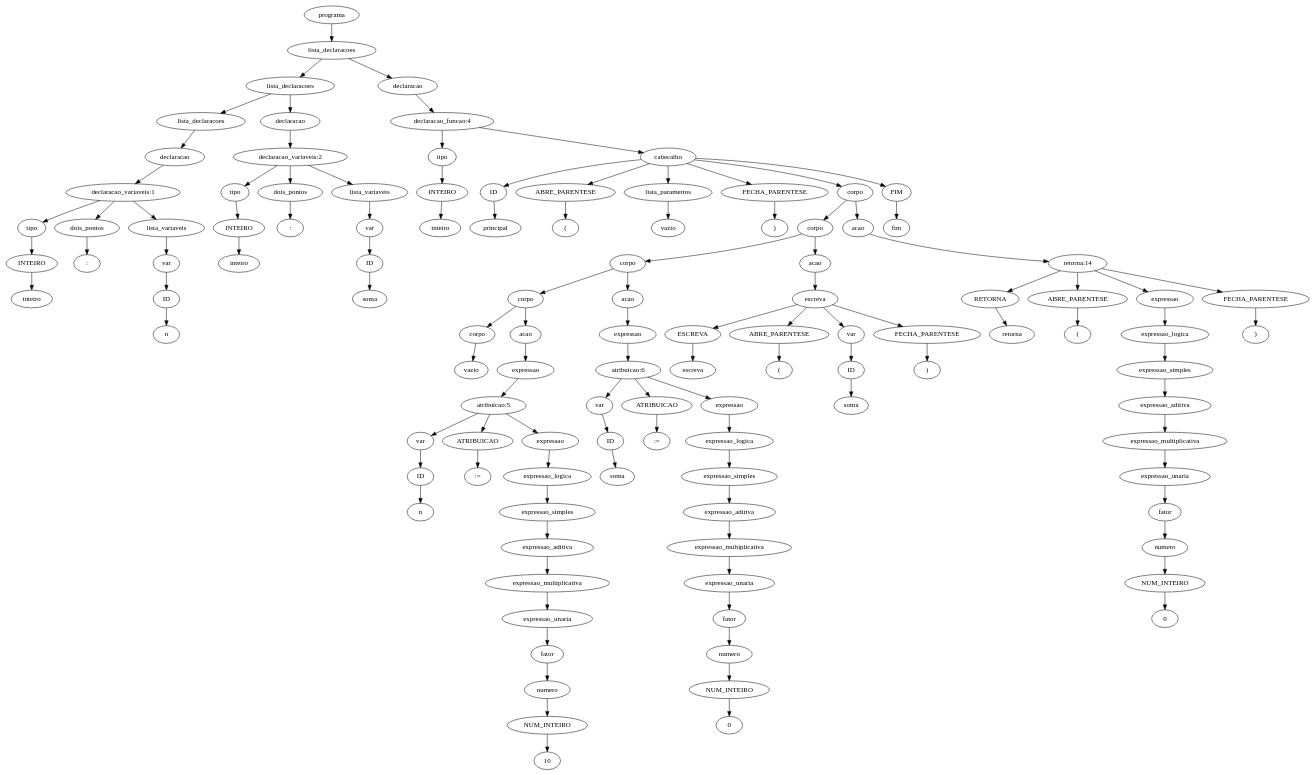
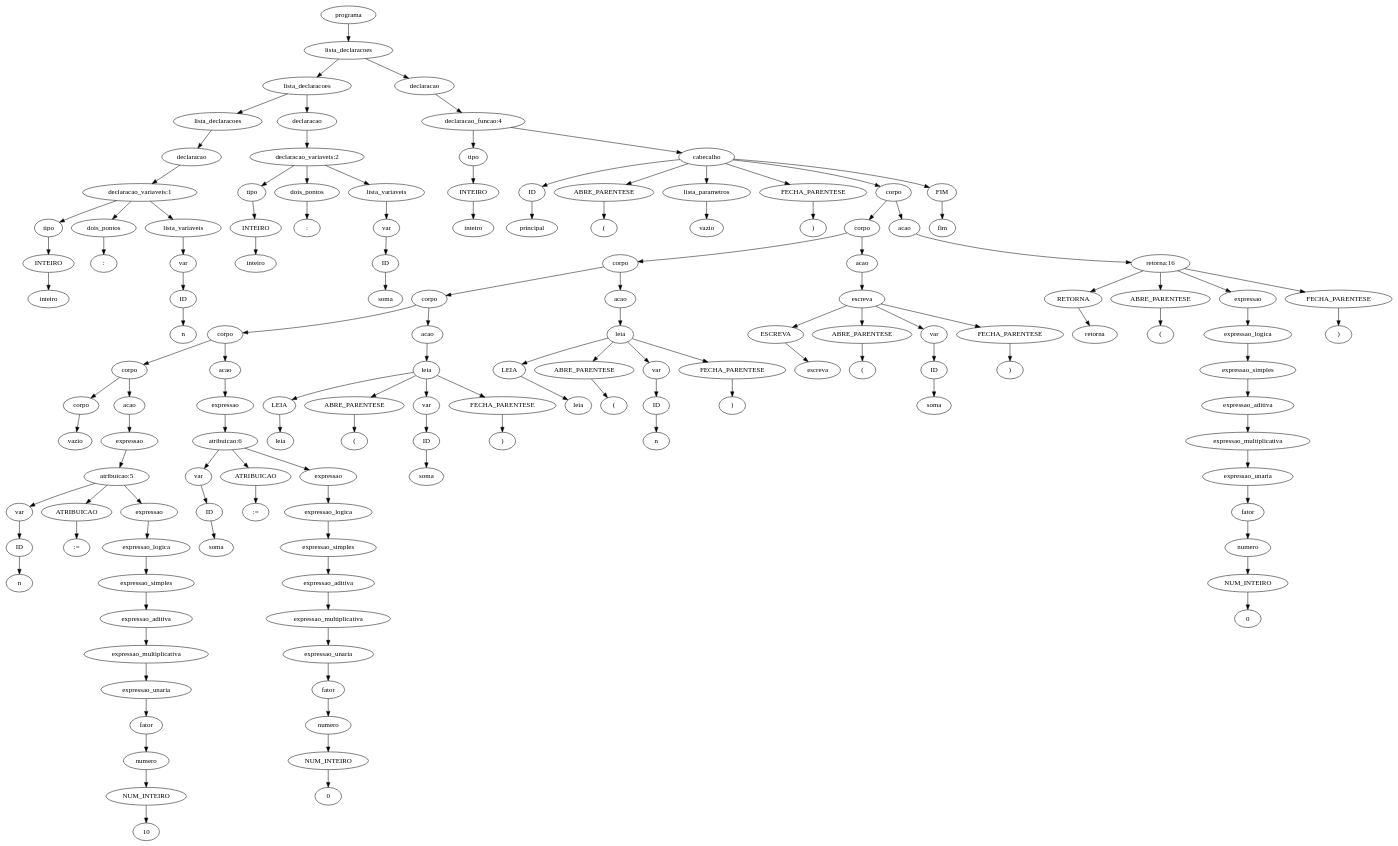
Before and after one commit to JuanFSR/Compiladores: the diagram in 8.GeracaoCodigo/BCC__BCC36B__P[4]__JuanRangel__2046385/implementacao/geracao-codigo-testes/gencode-004.tpp.unique.ast.dot, drawn with Graphviz. The commit also changed 24 other files, not shown here.

```diff
--- a/8.GeracaoCodigo/BCC__BCC36B__P[4]__JuanRangel__2046385/implementacao/geracao-codigo-testes/gencode-004.tpp.unique.ast.dot
+++ b/8.GeracaoCodigo/BCC__BCC36B__P[4]__JuanRangel__2046385/implementacao/geracao-codigo-testes/gencode-004.tpp.unique.ast.dot
@@ -1,227 +1,275 @@
 digraph tree {
-    "0x7f0d617e6c10" [label="programa"];
-    "0x7f0d617e6a00" [label="lista_declaracoes"];
-    "0x7f0d617e6970" [label="lista_declaracoes"];
-    "0x7f0d617e66a0" [label="lista_declaracoes"];
-    "0x7f0da4d15e50" [label="declaracao"];
-    "0x7f0d617e6400" [label="declaracao_variaveis:1"];
-    "0x7f0d617e6520" [label="tipo"];
-    "0x7f0d617e65b0" [label="INTEIRO"];
-    "0x7f0d617e65e0" [label="inteiro"];
-    "0x7f0d617e6b50" [label="dois_pontos"];
-    "0x7f0d617e6550" [label=":"];
-    "0x7f0d617e6640" [label="lista_variaveis"];
-    "0x7f0da4d158e0" [label="var"];
-    "0x7f0da4d15d30" [label="ID"];
-    "0x7f0d617e6be0" [label="n"];
-    "0x7f0d617e6c70" [label="declaracao"];
-    "0x7f0d617e6a60" [label="declaracao_variaveis:2"];
-    "0x7f0d617e6cd0" [label="tipo"];
-    "0x7f0d617e68e0" [label="INTEIRO"];
-    "0x7f0d617e6940" [label="inteiro"];
-    "0x7f0d617e61c0" [label="dois_pontos"];
-    "0x7f0d617e6220" [label=":"];
-    "0x7f0d617e69d0" [label="lista_variaveis"];
-    "0x7f0d617e6b80" [label="var"];
-    "0x7f0d617e6af0" [label="ID"];
-    "0x7f0d617e60a0" [label="soma"];
-    "0x7f0d617e6280" [label="declaracao"];
-    "0x7f0d617e6820" [label="declaracao_funcao:4"];
-    "0x7f0da4d15d00" [label="tipo"];
-    "0x7f0d617e6850" [label="INTEIRO"];
-    "0x7f0d617e6f10" [label="inteiro"];
-    "0x7f0d617e8670" [label="cabecalho"];
-    "0x7f0d61854820" [label="ID"];
-    "0x7f0d61854910" [label="principal"];
-    "0x7f0d61854ac0" [label="ABRE_PARENTESE"];
-    "0x7f0d61854fa0" [label="("];
-    "0x7f0d617e8370" [label="lista_parametros"];
-    "0x7f0d617e6ac0" [label="vazio"];
-    "0x7f0d618546a0" [label="FECHA_PARENTESE"];
-    "0x7f0d61854d90" [label=")"];
-    "0x7f0d617e8cd0" [label="corpo"];
-    "0x7f0d617e8340" [label="corpo"];
-    "0x7f0d617e8790" [label="corpo"];
-    "0x7f0d617e8ee0" [label="corpo"];
-    "0x7f0d617e84f0" [label="corpo"];
-    "0x7f0d617e6f70" [label="vazio"];
-    "0x7f0d617e8dc0" [label="acao"];
-    "0x7f0d617e8550" [label="expressao"];
-    "0x7f0d617e82e0" [label="atribuicao:5"];
-    "0x7f0d617e83d0" [label="var"];
-    "0x7f0d617e8460" [label="ID"];
-    "0x7f0d617e8a90" [label="n"];
-    "0x7f0d617e8e20" [label="ATRIBUICAO"];
-    "0x7f0d617e8d00" [label=":="];
-    "0x7f0d617e8280" [label="expressao"];
-    "0x7f0d617e80a0" [label="expressao_logica"];
-    "0x7f0d617e8160" [label="expressao_simples"];
-    "0x7f0d617e8b20" [label="expressao_aditiva"];
-    "0x7f0d617e8250" [label="expressao_multiplicativa"];
-    "0x7f0d617e88e0" [label="expressao_unaria"];
-    "0x7f0d617e8ac0" [label="fator"];
-    "0x7f0d617e82b0" [label="numero"];
-    "0x7f0d617e8400" [label="NUM_INTEIRO"];
-    "0x7f0d617e81f0" [label="10"];
-    "0x7f0d617e8ca0" [label="acao"];
-    "0x7f0d617e8f40" [label="expressao"];
-    "0x7f0d617e8c10" [label="atribuicao:6"];
-    "0x7f0d617e8fd0" [label="var"];
-    "0x7f0d617e8490" [label="ID"];
-    "0x7f0d617e8a30" [label="soma"];
-    "0x7f0d617e8af0" [label="ATRIBUICAO"];
-    "0x7f0d617e8d90" [label=":="];
-    "0x7f0d617e8bb0" [label="expressao"];
-    "0x7f0d617e8760" [label="expressao_logica"];
-    "0x7f0d617e84c0" [label="expressao_simples"];
-    "0x7f0d617e85e0" [label="expressao_aditiva"];
-    "0x7f0d617e8700" [label="expressao_multiplicativa"];
-    "0x7f0d617e89a0" [label="expressao_unaria"];
-    "0x7f0d617e8580" [label="fator"];
-    "0x7f0d617e81c0" [label="numero"];
-    "0x7f0d617e8b80" [label="NUM_INTEIRO"];
-    "0x7f0d617e86a0" [label="0"];
-    "0x7f0d617e80d0" [label="acao"];
-    "0x7f0d617e8820" [label="escreva"];
-    "0x7f0d617e8880" [label="ESCREVA"];
-    "0x7f0d617e8130" [label="escreva"];
-    "0x7f0d61854400" [label="ABRE_PARENTESE"];
-    "0x7f0d61854490" [label="("];
-    "0x7f0d617e8eb0" [label="var"];
-    "0x7f0d617e8a00" [label="ID"];
-    "0x7f0d617e8fa0" [label="soma"];
-    "0x7f0d618546d0" [label="FECHA_PARENTESE"];
-    "0x7f0d61854550" [label=")"];
-    "0x7f0d617e8070" [label="acao"];
-    "0x7f0d61854cd0" [label="retorna:14"];
-    "0x7f0d618544c0" [label="RETORNA"];
-    "0x7f0d61854b80" [label="retorna"];
-    "0x7f0d618540d0" [label="ABRE_PARENTESE"];
-    "0x7f0d61854130" [label="("];
-    "0x7f0d61854af0" [label="expressao"];
-    "0x7f0d61854c10" [label="expressao_logica"];
-    "0x7f0d61854970" [label="expressao_simples"];
-    "0x7f0d617e8910" [label="expressao_aditiva"];
-    "0x7f0d618541c0" [label="expressao_multiplicativa"];
-    "0x7f0d617e8040" [label="expressao_unaria"];
-    "0x7f0d617e87f0" [label="fator"];
-    "0x7f0d617e8d30" [label="numero"];
-    "0x7f0d617e8e50" [label="NUM_INTEIRO"];
-    "0x7f0d61854f10" [label="0"];
-    "0x7f0d618548e0" [label="FECHA_PARENTESE"];
-    "0x7f0d618549a0" [label=")"];
-    "0x7f0d618540a0" [label="FIM"];
-    "0x7f0d618542e0" [label="fim"];
-    "0x7f0d617e6c10" -> "0x7f0d617e6a00";
-    "0x7f0d617e6a00" -> "0x7f0d617e6970";
-    "0x7f0d617e6a00" -> "0x7f0d617e6280";
-    "0x7f0d617e6970" -> "0x7f0d617e66a0";
-    "0x7f0d617e6970" -> "0x7f0d617e6c70";
-    "0x7f0d617e66a0" -> "0x7f0da4d15e50";
-    "0x7f0da4d15e50" -> "0x7f0d617e6400";
-    "0x7f0d617e6400" -> "0x7f0d617e6520";
-    "0x7f0d617e6400" -> "0x7f0d617e6b50";
-    "0x7f0d617e6400" -> "0x7f0d617e6640";
-    "0x7f0d617e6520" -> "0x7f0d617e65b0";
-    "0x7f0d617e65b0" -> "0x7f0d617e65e0";
-    "0x7f0d617e6b50" -> "0x7f0d617e6550";
-    "0x7f0d617e6640" -> "0x7f0da4d158e0";
-    "0x7f0da4d158e0" -> "0x7f0da4d15d30";
-    "0x7f0da4d15d30" -> "0x7f0d617e6be0";
-    "0x7f0d617e6c70" -> "0x7f0d617e6a60";
-    "0x7f0d617e6a60" -> "0x7f0d617e6cd0";
-    "0x7f0d617e6a60" -> "0x7f0d617e61c0";
-    "0x7f0d617e6a60" -> "0x7f0d617e69d0";
-    "0x7f0d617e6cd0" -> "0x7f0d617e68e0";
-    "0x7f0d617e68e0" -> "0x7f0d617e6940";
-    "0x7f0d617e61c0" -> "0x7f0d617e6220";
-    "0x7f0d617e69d0" -> "0x7f0d617e6b80";
-    "0x7f0d617e6b80" -> "0x7f0d617e6af0";
-    "0x7f0d617e6af0" -> "0x7f0d617e60a0";
-    "0x7f0d617e6280" -> "0x7f0d617e6820";
-    "0x7f0d617e6820" -> "0x7f0da4d15d00";
-    "0x7f0d617e6820" -> "0x7f0d617e8670";
-    "0x7f0da4d15d00" -> "0x7f0d617e6850";
-    "0x7f0d617e6850" -> "0x7f0d617e6f10";
-    "0x7f0d617e8670" -> "0x7f0d61854820";
-    "0x7f0d617e8670" -> "0x7f0d61854ac0";
-    "0x7f0d617e8670" -> "0x7f0d617e8370";
-    "0x7f0d617e8670" -> "0x7f0d618546a0";
-    "0x7f0d617e8670" -> "0x7f0d617e8cd0";
-    "0x7f0d617e8670" -> "0x7f0d618540a0";
-    "0x7f0d61854820" -> "0x7f0d61854910";
-    "0x7f0d61854ac0" -> "0x7f0d61854fa0";
-    "0x7f0d617e8370" -> "0x7f0d617e6ac0";
-    "0x7f0d618546a0" -> "0x7f0d61854d90";
-    "0x7f0d617e8cd0" -> "0x7f0d617e8340";
-    "0x7f0d617e8cd0" -> "0x7f0d617e8070";
-    "0x7f0d617e8340" -> "0x7f0d617e8790";
-    "0x7f0d617e8340" -> "0x7f0d617e80d0";
-    "0x7f0d617e8790" -> "0x7f0d617e8ee0";
-    "0x7f0d617e8790" -> "0x7f0d617e8ca0";
-    "0x7f0d617e8ee0" -> "0x7f0d617e84f0";
-    "0x7f0d617e8ee0" -> "0x7f0d617e8dc0";
-    "0x7f0d617e84f0" -> "0x7f0d617e6f70";
-    "0x7f0d617e8dc0" -> "0x7f0d617e8550";
-    "0x7f0d617e8550" -> "0x7f0d617e82e0";
-    "0x7f0d617e82e0" -> "0x7f0d617e83d0";
-    "0x7f0d617e82e0" -> "0x7f0d617e8e20";
-    "0x7f0d617e82e0" -> "0x7f0d617e8280";
-    "0x7f0d617e83d0" -> "0x7f0d617e8460";
-    "0x7f0d617e8460" -> "0x7f0d617e8a90";
-    "0x7f0d617e8e20" -> "0x7f0d617e8d00";
-    "0x7f0d617e8280" -> "0x7f0d617e80a0";
-    "0x7f0d617e80a0" -> "0x7f0d617e8160";
-    "0x7f0d617e8160" -> "0x7f0d617e8b20";
-    "0x7f0d617e8b20" -> "0x7f0d617e8250";
-    "0x7f0d617e8250" -> "0x7f0d617e88e0";
-    "0x7f0d617e88e0" -> "0x7f0d617e8ac0";
-    "0x7f0d617e8ac0" -> "0x7f0d617e82b0";
-    "0x7f0d617e82b0" -> "0x7f0d617e8400";
-    "0x7f0d617e8400" -> "0x7f0d617e81f0";
-    "0x7f0d617e8ca0" -> "0x7f0d617e8f40";
-    "0x7f0d617e8f40" -> "0x7f0d617e8c10";
-    "0x7f0d617e8c10" -> "0x7f0d617e8fd0";
-    "0x7f0d617e8c10" -> "0x7f0d617e8af0";
-    "0x7f0d617e8c10" -> "0x7f0d617e8bb0";
-    "0x7f0d617e8fd0" -> "0x7f0d617e8490";
-    "0x7f0d617e8490" -> "0x7f0d617e8a30";
-    "0x7f0d617e8af0" -> "0x7f0d617e8d90";
-    "0x7f0d617e8bb0" -> "0x7f0d617e8760";
-    "0x7f0d617e8760" -> "0x7f0d617e84c0";
-    "0x7f0d617e84c0" -> "0x7f0d617e85e0";
-    "0x7f0d617e85e0" -> "0x7f0d617e8700";
-    "0x7f0d617e8700" -> "0x7f0d617e89a0";
-    "0x7f0d617e89a0" -> "0x7f0d617e8580";
-    "0x7f0d617e8580" -> "0x7f0d617e81c0";
-    "0x7f0d617e81c0" -> "0x7f0d617e8b80";
-    "0x7f0d617e8b80" -> "0x7f0d617e86a0";
-    "0x7f0d617e80d0" -> "0x7f0d617e8820";
-    "0x7f0d617e8820" -> "0x7f0d617e8880";
-    "0x7f0d617e8820" -> "0x7f0d61854400";
-    "0x7f0d617e8820" -> "0x7f0d617e8eb0";
-    "0x7f0d617e8820" -> "0x7f0d618546d0";
-    "0x7f0d617e8880" -> "0x7f0d617e8130";
-    "0x7f0d61854400" -> "0x7f0d61854490";
-    "0x7f0d617e8eb0" -> "0x7f0d617e8a00";
-    "0x7f0d617e8a00" -> "0x7f0d617e8fa0";
-    "0x7f0d618546d0" -> "0x7f0d61854550";
-    "0x7f0d617e8070" -> "0x7f0d61854cd0";
-    "0x7f0d61854cd0" -> "0x7f0d618544c0";
-    "0x7f0d61854cd0" -> "0x7f0d618540d0";
-    "0x7f0d61854cd0" -> "0x7f0d61854af0";
-    "0x7f0d61854cd0" -> "0x7f0d618548e0";
-    "0x7f0d618544c0" -> "0x7f0d61854b80";
-    "0x7f0d618540d0" -> "0x7f0d61854130";
-    "0x7f0d61854af0" -> "0x7f0d61854c10";
-    "0x7f0d61854c10" -> "0x7f0d61854970";
-    "0x7f0d61854970" -> "0x7f0d617e8910";
-    "0x7f0d617e8910" -> "0x7f0d618541c0";
-    "0x7f0d618541c0" -> "0x7f0d617e8040";
-    "0x7f0d617e8040" -> "0x7f0d617e87f0";
-    "0x7f0d617e87f0" -> "0x7f0d617e8d30";
-    "0x7f0d617e8d30" -> "0x7f0d617e8e50";
-    "0x7f0d617e8e50" -> "0x7f0d61854f10";
-    "0x7f0d618548e0" -> "0x7f0d618549a0";
-    "0x7f0d618540a0" -> "0x7f0d618542e0";
+    "0x7f4f8e4c19a0" [label="programa"];
+    "0x7f4f8e4e22e0" [label="lista_declaracoes"];
+    "0x7f4f8e4c1160" [label="lista_declaracoes"];
+    "0x7f4f8e4c1820" [label="lista_declaracoes"];
+    "0x7f4fd153bf40" [label="declaracao"];
+    "0x7f4f8e4c1310" [label="declaracao_variaveis:1"];
+    "0x7f4f8e4c1280" [label="tipo"];
+    "0x7f4f8e4c12b0" [label="INTEIRO"];
+    "0x7f4f8e4c1370" [label="inteiro"];
+    "0x7f4f8e4c18b0" [label="dois_pontos"];
+    "0x7f4f8e4c10d0" [label=":"];
+    "0x7f4f8e4c17c0" [label="lista_variaveis"];
+    "0x7f4fd1493850" [label="var"];
+    "0x7f4f8ea63670" [label="ID"];
+    "0x7f4f8e4c18e0" [label="n"];
+    "0x7f4f8e4c1f40" [label="declaracao"];
+    "0x7f4f8e4e2340" [label="declaracao_variaveis:2"];
+    "0x7f4f8e4c1070" [label="tipo"];
+    "0x7f4f8e4c10a0" [label="INTEIRO"];
+    "0x7f4f8e4c1100" [label="inteiro"];
+    "0x7f4f8e4e2d00" [label="dois_pontos"];
+    "0x7f4f8e4e2d30" [label=":"];
+    "0x7f4f8e4e2250" [label="lista_variaveis"];
+    "0x7f4f8e4c1700" [label="var"];
+    "0x7f4f8e4c1850" [label="ID"];
+    "0x7f4f8e4e2370" [label="soma"];
+    "0x7f4f8e4c1940" [label="declaracao"];
+    "0x7f4f8e4e2d90" [label="declaracao_funcao:4"];
+    "0x7f4f8e90a310" [label="tipo"];
+    "0x7f4f8e4c1190" [label="INTEIRO"];
+    "0x7f4f8e4e2be0" [label="inteiro"];
+    "0x7f4f8e4e5220" [label="cabecalho"];
+    "0x7f4f8e4e5820" [label="ID"];
+    "0x7f4f8e4e5490" [label="principal"];
+    "0x7f4f8e4e54f0" [label="ABRE_PARENTESE"];
+    "0x7f4f8e54dd60" [label="("];
+    "0x7f4f8e4e2700" [label="lista_parametros"];
+    "0x7f4f8e4e2190" [label="vazio"];
+    "0x7f4f8e54dd00" [label="FECHA_PARENTESE"];
+    "0x7f4f8e54ddf0" [label=")"];
+    "0x7f4f8e4e5790" [label="corpo"];
+    "0x7f4f8e4e5f40" [label="corpo"];
+    "0x7f4f8e4e51f0" [label="corpo"];
+    "0x7f4f8e4e28e0" [label="corpo"];
+    "0x7f4f8e4e53a0" [label="corpo"];
+    "0x7f4f8e4e2a60" [label="corpo"];
+    "0x7f4f8e4e2460" [label="corpo"];
+    "0x7f4f8e4e2dc0" [label="vazio"];
+    "0x7f4f8e4e2910" [label="acao"];
+    "0x7f4f8e4e24c0" [label="expressao"];
+    "0x7f4f8e4e2880" [label="atribuicao:5"];
+    "0x7f4f8e4e2760" [label="var"];
+    "0x7f4f8e4e2790" [label="ID"];
+    "0x7f4f8e4e2580" [label="n"];
+    "0x7f4f8e4e2970" [label="ATRIBUICAO"];
+    "0x7f4f8e4e2a00" [label=":="];
+    "0x7f4f8e4e2c70" [label="expressao"];
+    "0x7f4f8e4e2c10" [label="expressao_logica"];
+    "0x7f4f8e4e2b20" [label="expressao_simples"];
+    "0x7f4f8e4e2a90" [label="expressao_aditiva"];
+    "0x7f4f8e4e2bb0" [label="expressao_multiplicativa"];
+    "0x7f4f8e4e25e0" [label="expressao_unaria"];
+    "0x7f4f8e4e2640" [label="fator"];
+    "0x7f4f8e4e27f0" [label="numero"];
+    "0x7f4f8e4e25b0" [label="NUM_INTEIRO"];
+    "0x7f4f8e4e29d0" [label="10"];
+    "0x7f4f8e4e27c0" [label="acao"];
+    "0x7f4f8e4e2040" [label="expressao"];
+    "0x7f4f8e4e2df0" [label="atribuicao:6"];
+    "0x7f4f8e4e2670" [label="var"];
+    "0x7f4f8e4e2850" [label="ID"];
+    "0x7f4f8e4e23a0" [label="soma"];
+    "0x7f4f8e4e5fd0" [label="ATRIBUICAO"];
+    "0x7f4f8e4e5370" [label=":="];
+    "0x7f4f8e4e2fa0" [label="expressao"];
+    "0x7f4f8e4e2f40" [label="expressao_logica"];
+    "0x7f4f8e4e2220" [label="expressao_simples"];
+    "0x7f4f8e4e2130" [label="expressao_aditiva"];
+    "0x7f4f8e4e2f10" [label="expressao_multiplicativa"];
+    "0x7f4f8e4e24f0" [label="expressao_unaria"];
+    "0x7f4f8e4e20d0" [label="fator"];
+    "0x7f4f8e4e2b80" [label="numero"];
+    "0x7f4f8e4e2af0" [label="NUM_INTEIRO"];
+    "0x7f4f8e4e2eb0" [label="0"];
+    "0x7f4f8e4e2160" [label="acao"];
+    "0x7f4f8e4e5250" [label="leia"];
+    "0x7f4f8e4e5430" [label="LEIA"];
+    "0x7f4f8e4e5a60" [label="leia"];
+    "0x7f4f8e4e5ac0" [label="ABRE_PARENTESE"];
+    "0x7f4f8e4e5b20" [label="("];
+    "0x7f4f8e4e29a0" [label="var"];
+    "0x7f4f8e4e2550" [label="ID"];
+    "0x7f4f8e4e20a0" [label="soma"];
+    "0x7f4f8e4e5100" [label="FECHA_PARENTESE"];
+    "0x7f4f8e4e5160" [label=")"];
+    "0x7f4f8e4e5d60" [label="acao"];
+    "0x7f4f8e4e5400" [label="leia"];
+    "0x7f4f8e4e5940" [label="LEIA"];
+    "0x7f4f8e4e5dc0" [label="leia"];
+    "0x7f4f8e4e5df0" [label="ABRE_PARENTESE"];
+    "0x7f4f8e4e5e50" [label="("];
+    "0x7f4f8e4e2fd0" [label="var"];
+    "0x7f4f8e4e5f70" [label="ID"];
+    "0x7f4f8e4e5190" [label="n"];
+    "0x7f4f8e4e5ca0" [label="FECHA_PARENTESE"];
+    "0x7f4f8e4e5e80" [label=")"];
+    "0x7f4f8e4e5460" [label="acao"];
+    "0x7f4f8e4e59d0" [label="escreva"];
+    "0x7f4f8e4e5040" [label="ESCREVA"];
+    "0x7f4f8e4e5640" [label="escreva"];
+    "0x7f4f8e4e56a0" [label="ABRE_PARENTESE"];
+    "0x7f4f8e4e5700" [label="("];
+    "0x7f4f8e4e21c0" [label="var"];
+    "0x7f4f8e4e5880" [label="ID"];
+    "0x7f4f8e4e5ee0" [label="soma"];
+    "0x7f4f8e4e5b50" [label="FECHA_PARENTESE"];
+    "0x7f4f8e4e5bb0" [label=")"];
+    "0x7f4f8e4e5910" [label="acao"];
+    "0x7f4f8e4e5d30" [label="retorna:16"];
+    "0x7f4f8e4e57c0" [label="RETORNA"];
+    "0x7f4f8e4e5070" [label="retorna"];
+    "0x7f4f8e4e50d0" [label="ABRE_PARENTESE"];
+    "0x7f4f8e54d3a0" [label="("];
+    "0x7f4f8e4e5cd0" [label="expressao"];
+    "0x7f4f8e4e5c70" [label="expressao_logica"];
+    "0x7f4f8e4e5a90" [label="expressao_simples"];
+    "0x7f4f8e4e5520" [label="expressao_aditiva"];
+    "0x7f4f8e4e5c40" [label="expressao_multiplicativa"];
+    "0x7f4f8e4e55b0" [label="expressao_unaria"];
+    "0x7f4f8e4e5280" [label="fator"];
+    "0x7f4f8e4e5a30" [label="numero"];
+    "0x7f4f8e4e59a0" [label="NUM_INTEIRO"];
+    "0x7f4f8e4e5be0" [label="0"];
+    "0x7f4f8e54d1f0" [label="FECHA_PARENTESE"];
+    "0x7f4f8e54d430" [label=")"];
+    "0x7f4f8e54de80" [label="FIM"];
+    "0x7f4f8e54dee0" [label="fim"];
+    "0x7f4f8e4c19a0" -> "0x7f4f8e4e22e0";
+    "0x7f4f8e4e22e0" -> "0x7f4f8e4c1160";
+    "0x7f4f8e4e22e0" -> "0x7f4f8e4c1940";
+    "0x7f4f8e4c1160" -> "0x7f4f8e4c1820";
+    "0x7f4f8e4c1160" -> "0x7f4f8e4c1f40";
+    "0x7f4f8e4c1820" -> "0x7f4fd153bf40";
+    "0x7f4fd153bf40" -> "0x7f4f8e4c1310";
+    "0x7f4f8e4c1310" -> "0x7f4f8e4c1280";
+    "0x7f4f8e4c1310" -> "0x7f4f8e4c18b0";
+    "0x7f4f8e4c1310" -> "0x7f4f8e4c17c0";
+    "0x7f4f8e4c1280" -> "0x7f4f8e4c12b0";
+    "0x7f4f8e4c12b0" -> "0x7f4f8e4c1370";
+    "0x7f4f8e4c18b0" -> "0x7f4f8e4c10d0";
+    "0x7f4f8e4c17c0" -> "0x7f4fd1493850";
+    "0x7f4fd1493850" -> "0x7f4f8ea63670";
+    "0x7f4f8ea63670" -> "0x7f4f8e4c18e0";
+    "0x7f4f8e4c1f40" -> "0x7f4f8e4e2340";
+    "0x7f4f8e4e2340" -> "0x7f4f8e4c1070";
+    "0x7f4f8e4e2340" -> "0x7f4f8e4e2d00";
+    "0x7f4f8e4e2340" -> "0x7f4f8e4e2250";
+    "0x7f4f8e4c1070" -> "0x7f4f8e4c10a0";
+    "0x7f4f8e4c10a0" -> "0x7f4f8e4c1100";
+    "0x7f4f8e4e2d00" -> "0x7f4f8e4e2d30";
+    "0x7f4f8e4e2250" -> "0x7f4f8e4c1700";
+    "0x7f4f8e4c1700" -> "0x7f4f8e4c1850";
+    "0x7f4f8e4c1850" -> "0x7f4f8e4e2370";
+    "0x7f4f8e4c1940" -> "0x7f4f8e4e2d90";
+    "0x7f4f8e4e2d90" -> "0x7f4f8e90a310";
+    "0x7f4f8e4e2d90" -> "0x7f4f8e4e5220";
+    "0x7f4f8e90a310" -> "0x7f4f8e4c1190";
+    "0x7f4f8e4c1190" -> "0x7f4f8e4e2be0";
+    "0x7f4f8e4e5220" -> "0x7f4f8e4e5820";
+    "0x7f4f8e4e5220" -> "0x7f4f8e4e54f0";
+    "0x7f4f8e4e5220" -> "0x7f4f8e4e2700";
+    "0x7f4f8e4e5220" -> "0x7f4f8e54dd00";
+    "0x7f4f8e4e5220" -> "0x7f4f8e4e5790";
+    "0x7f4f8e4e5220" -> "0x7f4f8e54de80";
+    "0x7f4f8e4e5820" -> "0x7f4f8e4e5490";
+    "0x7f4f8e4e54f0" -> "0x7f4f8e54dd60";
+    "0x7f4f8e4e2700" -> "0x7f4f8e4e2190";
+    "0x7f4f8e54dd00" -> "0x7f4f8e54ddf0";
+    "0x7f4f8e4e5790" -> "0x7f4f8e4e5f40";
+    "0x7f4f8e4e5790" -> "0x7f4f8e4e5910";
+    "0x7f4f8e4e5f40" -> "0x7f4f8e4e51f0";
+    "0x7f4f8e4e5f40" -> "0x7f4f8e4e5460";
+    "0x7f4f8e4e51f0" -> "0x7f4f8e4e28e0";
+    "0x7f4f8e4e51f0" -> "0x7f4f8e4e5d60";
+    "0x7f4f8e4e28e0" -> "0x7f4f8e4e53a0";
+    "0x7f4f8e4e28e0" -> "0x7f4f8e4e2160";
+    "0x7f4f8e4e53a0" -> "0x7f4f8e4e2a60";
+    "0x7f4f8e4e53a0" -> "0x7f4f8e4e27c0";
+    "0x7f4f8e4e2a60" -> "0x7f4f8e4e2460";
+    "0x7f4f8e4e2a60" -> "0x7f4f8e4e2910";
+    "0x7f4f8e4e2460" -> "0x7f4f8e4e2dc0";
+    "0x7f4f8e4e2910" -> "0x7f4f8e4e24c0";
+    "0x7f4f8e4e24c0" -> "0x7f4f8e4e2880";
+    "0x7f4f8e4e2880" -> "0x7f4f8e4e2760";
+    "0x7f4f8e4e2880" -> "0x7f4f8e4e2970";
+    "0x7f4f8e4e2880" -> "0x7f4f8e4e2c70";
+    "0x7f4f8e4e2760" -> "0x7f4f8e4e2790";
+    "0x7f4f8e4e2790" -> "0x7f4f8e4e2580";
+    "0x7f4f8e4e2970" -> "0x7f4f8e4e2a00";
+    "0x7f4f8e4e2c70" -> "0x7f4f8e4e2c10";
+    "0x7f4f8e4e2c10" -> "0x7f4f8e4e2b20";
+    "0x7f4f8e4e2b20" -> "0x7f4f8e4e2a90";
+    "0x7f4f8e4e2a90" -> "0x7f4f8e4e2bb0";
+    "0x7f4f8e4e2bb0" -> "0x7f4f8e4e25e0";
+    "0x7f4f8e4e25e0" -> "0x7f4f8e4e2640";
+    "0x7f4f8e4e2640" -> "0x7f4f8e4e27f0";
+    "0x7f4f8e4e27f0" -> "0x7f4f8e4e25b0";
+    "0x7f4f8e4e25b0" -> "0x7f4f8e4e29d0";
+    "0x7f4f8e4e27c0" -> "0x7f4f8e4e2040";
+    "0x7f4f8e4e2040" -> "0x7f4f8e4e2df0";
+    "0x7f4f8e4e2df0" -> "0x7f4f8e4e2670";
+    "0x7f4f8e4e2df0" -> "0x7f4f8e4e5fd0";
+    "0x7f4f8e4e2df0" -> "0x7f4f8e4e2fa0";
+    "0x7f4f8e4e2670" -> "0x7f4f8e4e2850";
+    "0x7f4f8e4e2850" -> "0x7f4f8e4e23a0";
+    "0x7f4f8e4e5fd0" -> "0x7f4f8e4e5370";
+    "0x7f4f8e4e2fa0" -> "0x7f4f8e4e2f40";
+    "0x7f4f8e4e2f40" -> "0x7f4f8e4e2220";
+    "0x7f4f8e4e2220" -> "0x7f4f8e4e2130";
+    "0x7f4f8e4e2130" -> "0x7f4f8e4e2f10";
+    "0x7f4f8e4e2f10" -> "0x7f4f8e4e24f0";
+    "0x7f4f8e4e24f0" -> "0x7f4f8e4e20d0";
+    "0x7f4f8e4e20d0" -> "0x7f4f8e4e2b80";
+    "0x7f4f8e4e2b80" -> "0x7f4f8e4e2af0";
+    "0x7f4f8e4e2af0" -> "0x7f4f8e4e2eb0";
+    "0x7f4f8e4e2160" -> "0x7f4f8e4e5250";
+    "0x7f4f8e4e5250" -> "0x7f4f8e4e5430";
+    "0x7f4f8e4e5250" -> "0x7f4f8e4e5ac0";
+    "0x7f4f8e4e5250" -> "0x7f4f8e4e29a0";
+    "0x7f4f8e4e5250" -> "0x7f4f8e4e5100";
+    "0x7f4f8e4e5430" -> "0x7f4f8e4e5a60";
+    "0x7f4f8e4e5ac0" -> "0x7f4f8e4e5b20";
+    "0x7f4f8e4e29a0" -> "0x7f4f8e4e2550";
+    "0x7f4f8e4e2550" -> "0x7f4f8e4e20a0";
+    "0x7f4f8e4e5100" -> "0x7f4f8e4e5160";
+    "0x7f4f8e4e5d60" -> "0x7f4f8e4e5400";
+    "0x7f4f8e4e5400" -> "0x7f4f8e4e5940";
+    "0x7f4f8e4e5400" -> "0x7f4f8e4e5df0";
+    "0x7f4f8e4e5400" -> "0x7f4f8e4e2fd0";
+    "0x7f4f8e4e5400" -> "0x7f4f8e4e5ca0";
+    "0x7f4f8e4e5940" -> "0x7f4f8e4e5dc0";
+    "0x7f4f8e4e5df0" -> "0x7f4f8e4e5e50";
+    "0x7f4f8e4e2fd0" -> "0x7f4f8e4e5f70";
+    "0x7f4f8e4e5f70" -> "0x7f4f8e4e5190";
+    "0x7f4f8e4e5ca0" -> "0x7f4f8e4e5e80";
+    "0x7f4f8e4e5460" -> "0x7f4f8e4e59d0";
+    "0x7f4f8e4e59d0" -> "0x7f4f8e4e5040";
+    "0x7f4f8e4e59d0" -> "0x7f4f8e4e56a0";
+    "0x7f4f8e4e59d0" -> "0x7f4f8e4e21c0";
+    "0x7f4f8e4e59d0" -> "0x7f4f8e4e5b50";
+    "0x7f4f8e4e5040" -> "0x7f4f8e4e5640";
+    "0x7f4f8e4e56a0" -> "0x7f4f8e4e5700";
+    "0x7f4f8e4e21c0" -> "0x7f4f8e4e5880";
+    "0x7f4f8e4e5880" -> "0x7f4f8e4e5ee0";
+    "0x7f4f8e4e5b50" -> "0x7f4f8e4e5bb0";
+    "0x7f4f8e4e5910" -> "0x7f4f8e4e5d30";
+    "0x7f4f8e4e5d30" -> "0x7f4f8e4e57c0";
+    "0x7f4f8e4e5d30" -> "0x7f4f8e4e50d0";
+    "0x7f4f8e4e5d30" -> "0x7f4f8e4e5cd0";
+    "0x7f4f8e4e5d30" -> "0x7f4f8e54d1f0";
+    "0x7f4f8e4e57c0" -> "0x7f4f8e4e5070";
+    "0x7f4f8e4e50d0" -> "0x7f4f8e54d3a0";
+    "0x7f4f8e4e5cd0" -> "0x7f4f8e4e5c70";
+    "0x7f4f8e4e5c70" -> "0x7f4f8e4e5a90";
+    "0x7f4f8e4e5a90" -> "0x7f4f8e4e5520";
+    "0x7f4f8e4e5520" -> "0x7f4f8e4e5c40";
+    "0x7f4f8e4e5c40" -> "0x7f4f8e4e55b0";
+    "0x7f4f8e4e55b0" -> "0x7f4f8e4e5280";
+    "0x7f4f8e4e5280" -> "0x7f4f8e4e5a30";
+    "0x7f4f8e4e5a30" -> "0x7f4f8e4e59a0";
+    "0x7f4f8e4e59a0" -> "0x7f4f8e4e5be0";
+    "0x7f4f8e54d1f0" -> "0x7f4f8e54d430";
+    "0x7f4f8e54de80" -> "0x7f4f8e54dee0";
 }
```
